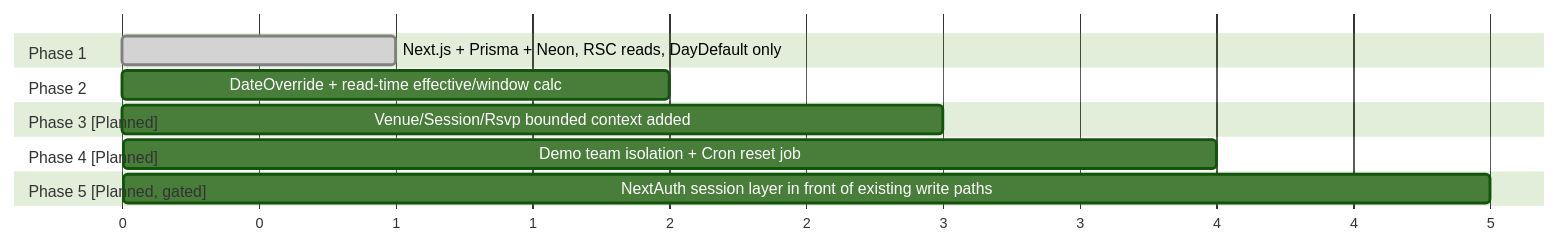
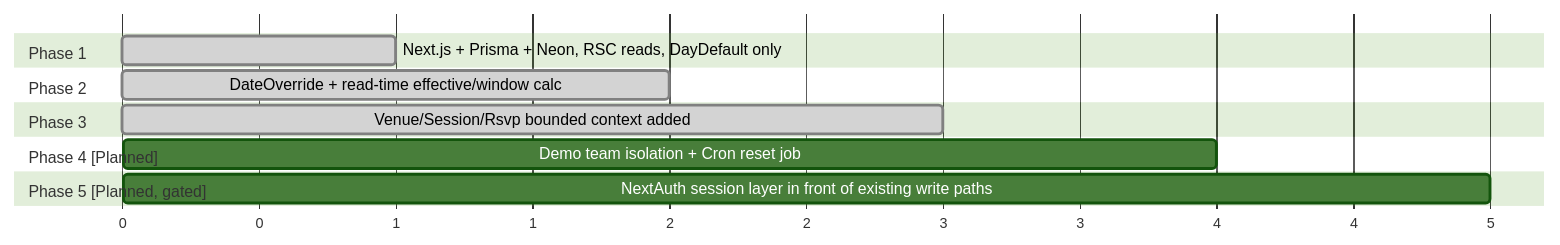
Before and after one commit to tmdbah/practice-runs: diagram 11 of 11 in context/practiceRuns-Architecture.md, drawn with Mermaid (forest theme). The commit also changed other lines of this file and 3 other files, not shown here.

````diff
--- a/context/practiceRuns-Architecture.md
+++ b/context/practiceRuns-Architecture.md
@@ -341,15 +371,15 @@
 ```mermaid
 gantt
     dateFormat X
     axisFormat %s
     section Phase 1
     Next.js + Prisma + Neon, RSC reads, DayDefault only :done, p1, 0, 1
     section Phase 2
-    DateOverride + read-time effective/window calc :p2, 1, 2
-    section Phase 3 [Planned]
-    Venue/Session/Rsvp bounded context added :p3, 2, 3
+    DateOverride + read-time effective/window calc :done, p2, 1, 2
+    section Phase 3
+    Venue/Session/Rsvp bounded context added :done, p3, 2, 3
     section Phase 4 [Planned]
     Demo team isolation + Cron reset job :p4, 3, 4
     section Phase 5 [Planned, gated]
     NextAuth session layer in front of existing write paths :p5, 4, 5
 ```
````
